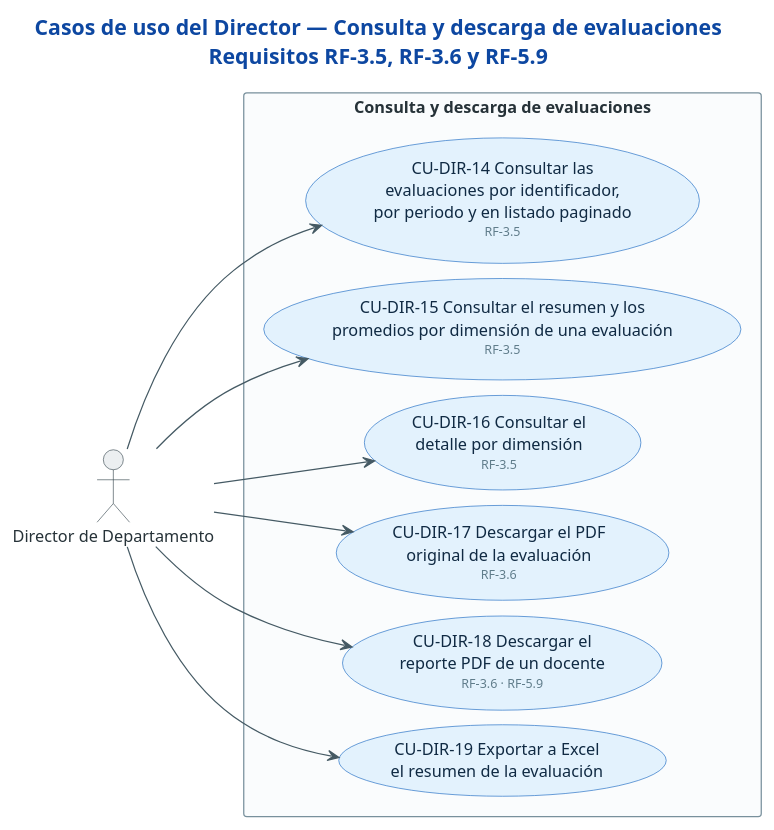
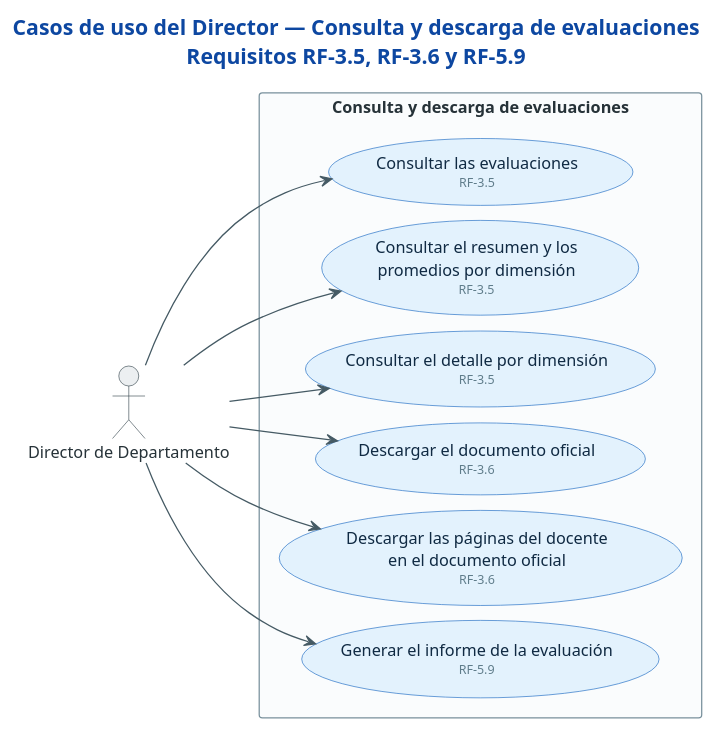
One commit to sistema-evaluacion-docente/api.evd changed the diagram in docs/casos-de-uso/06-director-consulta-de-evaluaciones.puml. Above: the diagram before and after it, drawn with PlantUML. The commit also changed 20 other files, not shown here.

First line of the commit message:
style: change use case diagrams for clarity and consistency

```diff
--- a/docs/casos-de-uso/06-director-consulta-de-evaluaciones.puml
+++ b/docs/casos-de-uso/06-director-consulta-de-evaluaciones.puml
@@ -1,59 +1,56 @@
-@startuml cu-32-director-consulta-de-evaluaciones
+@startuml cu-06-director-consulta-de-evaluaciones
 ' =============================================================================
 ' Sistema de Evaluación Docente (SET) — UFPS
 ' Fuente: Tabla 36 (actores) y Tabla 37 (requisitos funcionales) del documento de
 '         tesis, con la implementación de DistilUmbert-back y DistilUmbert-front.
-' Especificación de cada caso de uso: docs/casos-de-uso/README.md
 ' =============================================================================
 title Casos de uso del Director — Consulta y descarga de evaluaciones\nRequisitos RF-3.5, RF-3.6 y RF-5.9
 
 left to right direction
 
 skinparam backgroundColor #FFFFFF
 skinparam shadowing false
 skinparam defaultFontSize 13
 skinparam TitleFontSize 17
 skinparam TitleFontColor #0D47A1
 skinparam ArrowColor #455A64
 skinparam ArrowFontColor #546E7A
 skinparam ArrowFontSize 11
 skinparam nodesep 12
 skinparam ranksep 40
-' Descomenta la línea siguiente para aristas ortogonales (requiere Graphviz).
-' skinparam linetype ortho
 skinparam actor {
   BackgroundColor #ECEFF1
   BorderColor #37474F
   FontColor #263238
 }
 skinparam usecase {
   BackgroundColor #E3F2FD
   BorderColor #1565C0
   FontColor #102A43
 }
 skinparam rectangle {
   BackgroundColor #FAFCFD
   BorderColor #78909C
   FontColor #263238
   FontStyle bold
 }
 
 actor "Director de Departamento" as DIR
 
 rectangle "Consulta y descarga de evaluaciones" {
-  usecase "CU-DIR-14 Consultar las\nevaluaciones por identificador,\npor periodo y en listado paginado\n<size:10><color:#607D8B>RF-3.5</color></size>" as D14
-  usecase "CU-DIR-15 Consultar el resumen y los\npromedios por dimensión de una evaluación\n<size:10><color:#607D8B>RF-3.5</color></size>" as D15
-  usecase "CU-DIR-16 Consultar el\ndetalle por dimensión\n<size:10><color:#607D8B>RF-3.5</color></size>" as D16
-  usecase "CU-DIR-17 Descargar el PDF\noriginal de la evaluación\n<size:10><color:#607D8B>RF-3.6</color></size>" as D17
-  usecase "CU-DIR-18 Descargar el\nreporte PDF de un docente\n<size:10><color:#607D8B>RF-3.6 · RF-5.9</color></size>" as D18
-  usecase "CU-DIR-19 Exportar a Excel\nel resumen de la evaluación" as D19
+  usecase "Consultar las evaluaciones\n<size:10><color:#607D8B>RF-3.5</color></size>" as D14
+  usecase "Consultar el resumen y los\npromedios por dimensión\n<size:10><color:#607D8B>RF-3.5</color></size>" as D15
+  usecase "Consultar el detalle por dimensión\n<size:10><color:#607D8B>RF-3.5</color></size>" as D16
+  usecase "Descargar el documento oficial\n<size:10><color:#607D8B>RF-3.6</color></size>" as D17
+  usecase "Descargar las páginas del docente\nen el documento oficial\n<size:10><color:#607D8B>RF-3.6</color></size>" as D18
+  usecase "Generar el informe de la evaluación\n<size:10><color:#607D8B>RF-5.9</color></size>" as D19
 }
 
 DIR --> D14
 DIR --> D15
 DIR --> D16
 DIR --> D17
 DIR --> D18
 DIR --> D19
 
 @enduml
```
